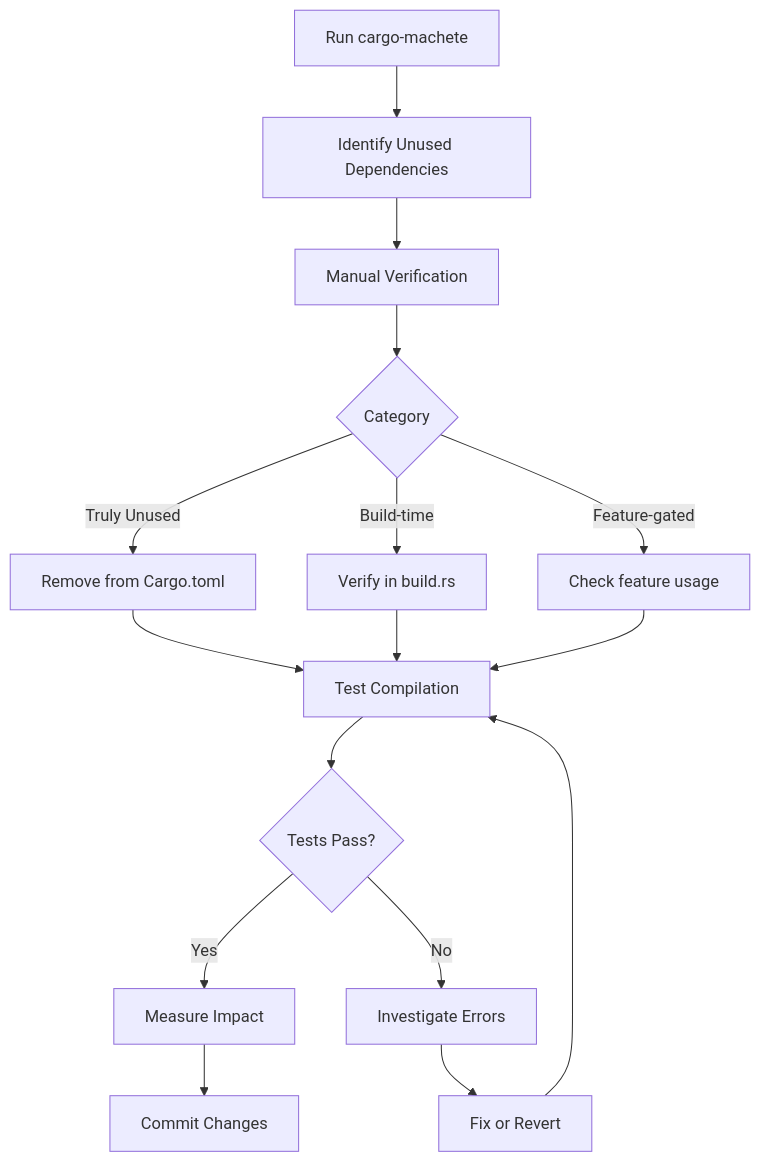
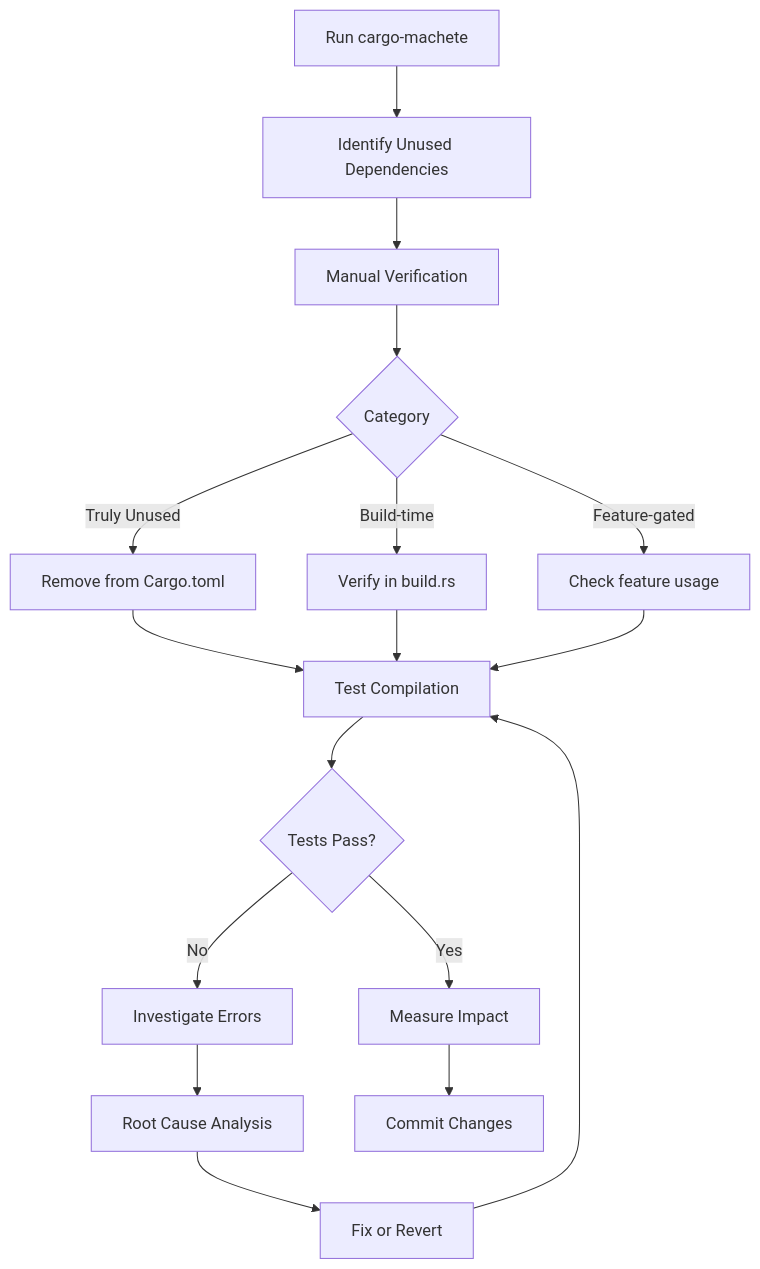
Before and after one commit to paiml/paiml-mcp-agent-toolkit: the diagram in docs/specifications/scientifically-remove-dependencies-time-improve-compile-speed-test-speed.md, drawn with Mermaid. The commit also changed other lines of this file and 9 other files, not shown here.

````diff
--- a/docs/specifications/scientifically-remove-dependencies-time-improve-compile-speed-test-speed.md
+++ b/docs/specifications/scientifically-remove-dependencies-time-improve-compile-speed-test-speed.md
@@ -203,18 +207,19 @@
 ```mermaid
 graph TD
     A[Run cargo-machete] --> B[Identify Unused Dependencies]
     B --> C[Manual Verification]
     C --> D{Category}
     D -->|Truly Unused| E[Remove from Cargo.toml]
     D -->|Build-time| F[Verify in build.rs]
     D -->|Feature-gated| G[Check feature usage]
     E --> H[Test Compilation]
     F --> H
     G --> H
     H --> I{Tests Pass?}
     I -->|Yes| J[Measure Impact]
     I -->|No| K[Investigate Errors]
-    K --> L[Fix or Revert]
+    K --> K_RCA[Root Cause Analysis]
+    K_RCA --> L[Fix or Revert]
     L --> H
     J --> M[Commit Changes]
 ```
````
